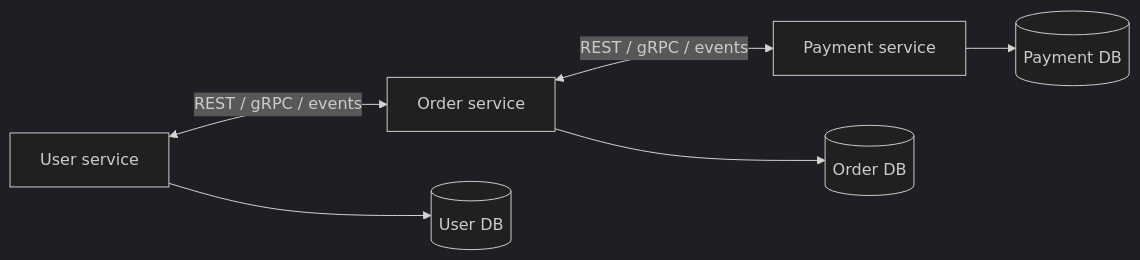
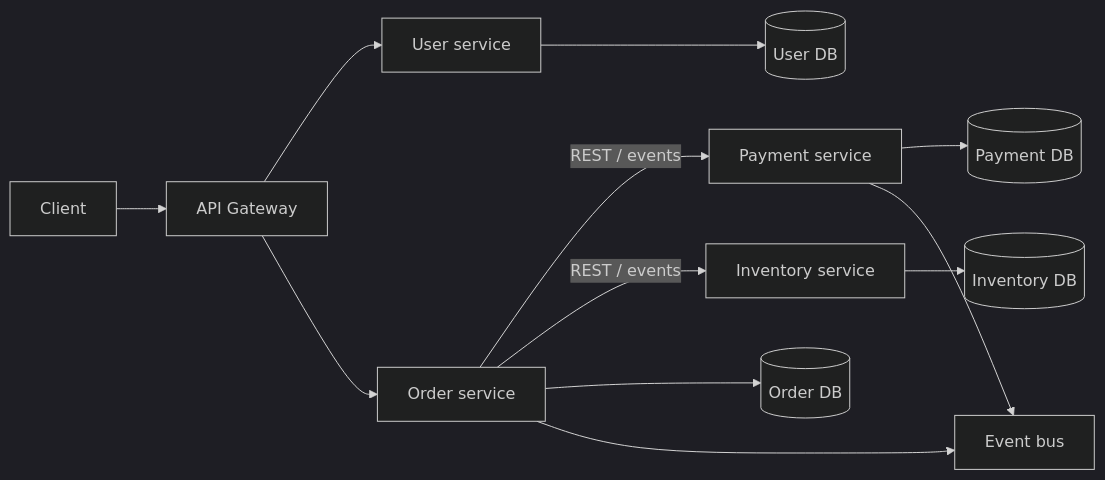
Before and after one commit to hareramcse/SystemDesign: the third of 22 diagrams in 08-microservices/README.md, drawn with Mermaid (dark theme). The commit also changed other lines of this file and 14 other files, not shown here.

````diff
--- a/08-microservices/README.md
+++ b/08-microservices/README.md
@@ -307,8 +268,14 @@
 ```mermaid
 flowchart LR
-    US[User service] <-->|REST / gRPC / events| OS[Order service]
-    OS <-->|REST / gRPC / events| PS[Payment service]
+    Client[Client] --> GW[API Gateway]
+    GW --> US[User service]
+    GW --> OS[Order service]
+    OS -->|REST / events| PS[Payment service]
+    OS -->|REST / events| IS[Inventory service]
     US --> UDB[(User DB)]
     OS --> ODB[(Order DB)]
     PS --> PDB[(Payment DB)]
+    IS --> IDB[(Inventory DB)]
+    OS --> Bus[Event bus]
+    PS --> Bus
 ```
````
